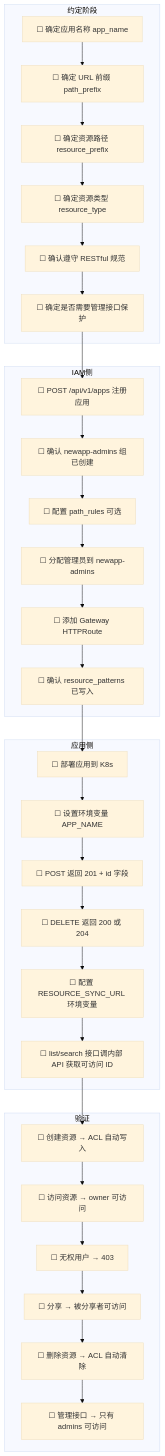
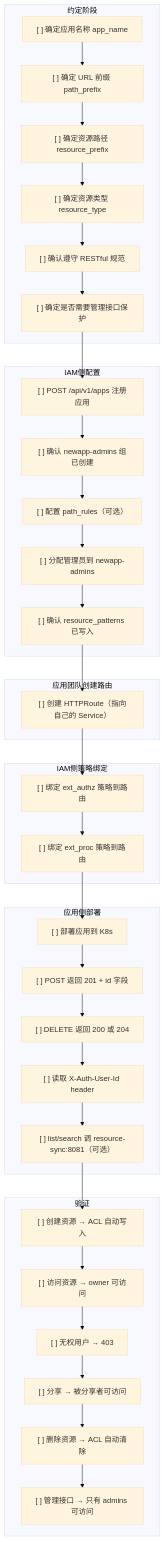
Before and after one commit to xiewanchao/aidp-iam: the ninth of 10 diagrams in diagrams/onboarding-flow.md, drawn with Mermaid (base theme). The commit also changed other lines of this file and 5 other files, not shown here.

````diff
--- a/diagrams/onboarding-flow.md
+++ b/diagrams/onboarding-flow.md
@@ -361,43 +484,52 @@
 ```mermaid
 flowchart TD
     subgraph 约定阶段
-        C1[☐ 确定应用名称 app_name]
-        C2[☐ 确定 URL 前缀 path_prefix]
-        C3[☐ 确定资源路径 resource_prefix]
-        C4[☐ 确定资源类型 resource_type]
-        C5[☐ 确认遵守 RESTful 规范]
-        C6[☐ 确定是否需要管理接口保护]
+        C1["[ ] 确定应用名称 app_name"]
+        C2["[ ] 确定 URL 前缀 path_prefix"]
+        C3["[ ] 确定资源路径 resource_prefix"]
+        C4["[ ] 确定资源类型 resource_type"]
+        C5["[ ] 确认遵守 RESTful 规范"]
+        C6["[ ] 确定是否需要管理接口保护"]
     end
 
-    subgraph IAM侧
-        I1[☐ POST /api/v1/apps 注册应用]
-        I2[☐ 确认 newapp-admins 组已创建]
-        I3[☐ 配置 path_rules 可选]
-        I4[☐ 分配管理员到 newapp-admins]
-        I5[☐ 添加 Gateway HTTPRoute]
-        I6[☐ 确认 resource_patterns 已写入]
+    subgraph IAM侧配置
+        I1["[ ] POST /api/v1/apps 注册应用"]
+        I2["[ ] 确认 newapp-admins 组已创建"]
+        I3["[ ] 配置 path_rules（可选）"]
+        I4["[ ] 分配管理员到 newapp-admins"]
+        I5["[ ] 确认 resource_patterns 已写入"]
     end
 
-    subgraph 应用侧
-        A1[☐ 部署应用到 K8s]
-        A2[☐ 设置环境变量 APP_NAME]
-        A3[☐ POST 返回 201 + id 字段]
-        A4[☐ DELETE 返回 200 或 204]
-        A5[☐ 配置 RESOURCE_SYNC_URL 环境变量]
-        A6[☐ list/search 接口调内部 API 获取可访问 ID]
+    subgraph 应用团队创建路由
+        R1["[ ] 创建 HTTPRoute（指向自己的 Service）"]
+    end
+
+    subgraph IAM侧策略绑定
+        P1["[ ] 绑定 ext_authz 策略到路由"]
+        P2["[ ] 绑定 ext_proc 策略到路由"]
+    end
+
+    subgraph 应用侧部署
+        A1["[ ] 部署应用到 K8s"]
+        A2["[ ] POST 返回 201 + id 字段"]
+        A3["[ ] DELETE 返回 200 或 204"]
+        A4["[ ] 读取 X-Auth-User-Id header"]
+        A5["[ ] list/search 调 resource-sync:8081（可选）"]
     end
 
     subgraph 验证
-        V1[☐ 创建资源 → ACL 自动写入]
-        V2[☐ 访问资源 → owner 可访问]
-        V3[☐ 无权用户 → 403]
-        V4[☐ 分享 → 被分享者可访问]
-        V5[☐ 删除资源 → ACL 自动清除]
-        V6[☐ 管理接口 → 只有 admins 可访问]
+        V1["[ ] 创建资源 → ACL 自动写入"]
+        V2["[ ] 访问资源 → owner 可访问"]
+        V3["[ ] 无权用户 → 403"]
+        V4["[ ] 分享 → 被分享者可访问"]
+        V5["[ ] 删除资源 → ACL 自动清除"]
+        V6["[ ] 管理接口 → 只有 admins 可访问"]
     end
 
     C1 --> C2 --> C3 --> C4 --> C5 --> C6
-    C6 --> I1 --> I2 --> I3 --> I4 --> I5 --> I6
-    I6 --> A1 --> A2 --> A3 --> A4 --> A5 --> A6
-    A6 --> V1 --> V2 --> V3 --> V4 --> V5 --> V6
+    C6 --> I1 --> I2 --> I3 --> I4 --> I5
+    I5 --> R1
+    R1 --> P1 --> P2
+    P2 --> A1 --> A2 --> A3 --> A4 --> A5
+    A5 --> V1 --> V2 --> V3 --> V4 --> V5 --> V6
 ```
````
